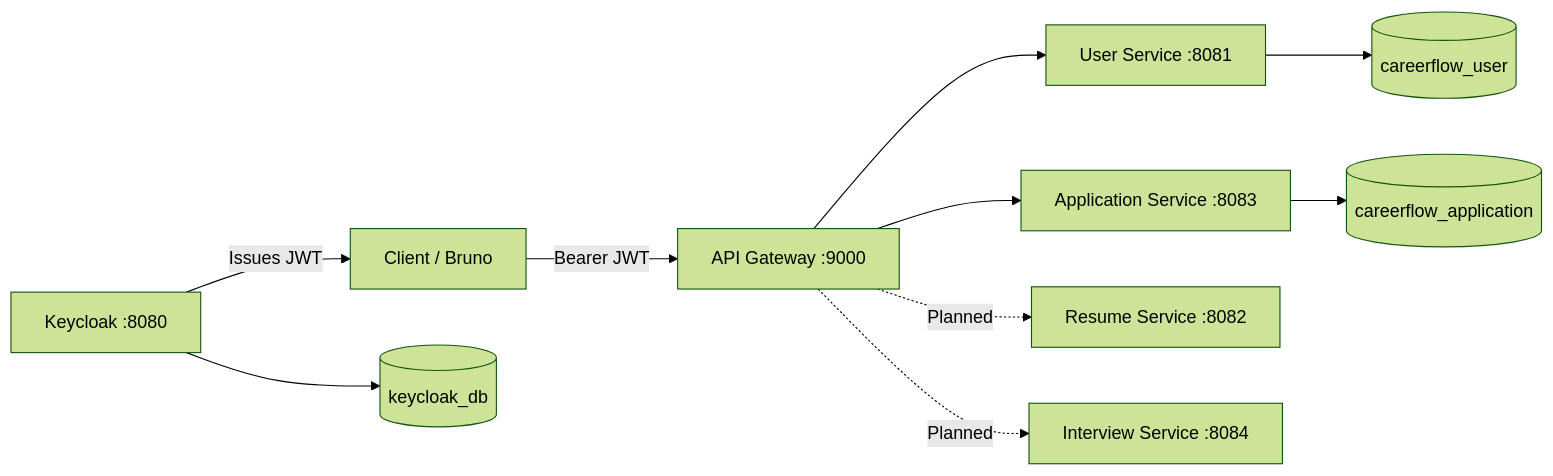
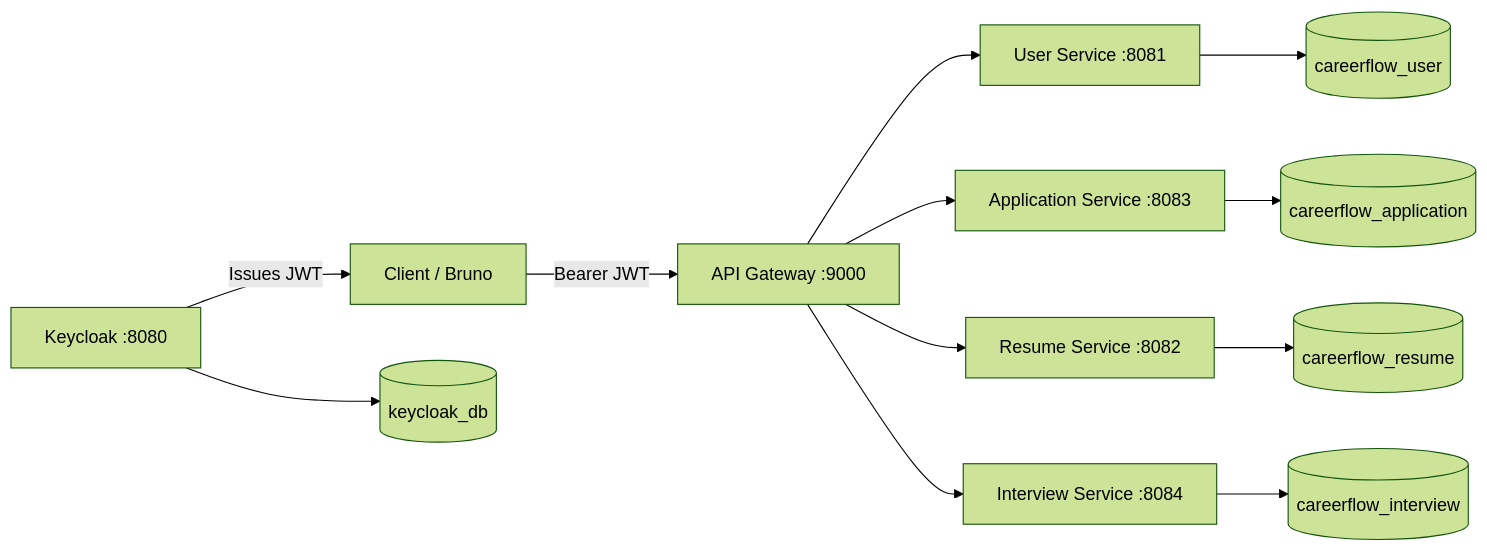
Before and after one commit to strike0702/careerflow: the diagram in docs/project-status.md, drawn with Mermaid (forest theme). The commit also changed other lines of this file and 159 other files, not shown here.

Commit message:
Phase 5 + 6 (added notification, resume and interview service)

````diff
--- a/docs/project-status.md
+++ b/docs/project-status.md
@@ -17,13 +17,15 @@
 ```mermaid
 graph LR
     Client[Client / Bruno] -->|Bearer JWT| Gateway[API Gateway :9000]
     Gateway --> UserService[User Service :8081]
     Gateway --> AppService[Application Service :8083]
-    Gateway -.->|Planned| ResumeService[Resume Service :8082]
-    Gateway -.->|Planned| InterviewService[Interview Service :8084]
+    Gateway --> ResumeService[Resume Service :8082]
+    Gateway --> InterviewService[Interview Service :8084]
 
     Keycloak[Keycloak :8080] -->|Issues JWT| Client
     UserService --> UserDB[(careerflow_user)]
     AppService --> AppDB[(careerflow_application)]
+    ResumeService --> ResumeDB[(careerflow_resume)]
+    InterviewService --> InterviewDB[(careerflow_interview)]
     Keycloak --> KCDB[(keycloak_db)]
 ```
````
